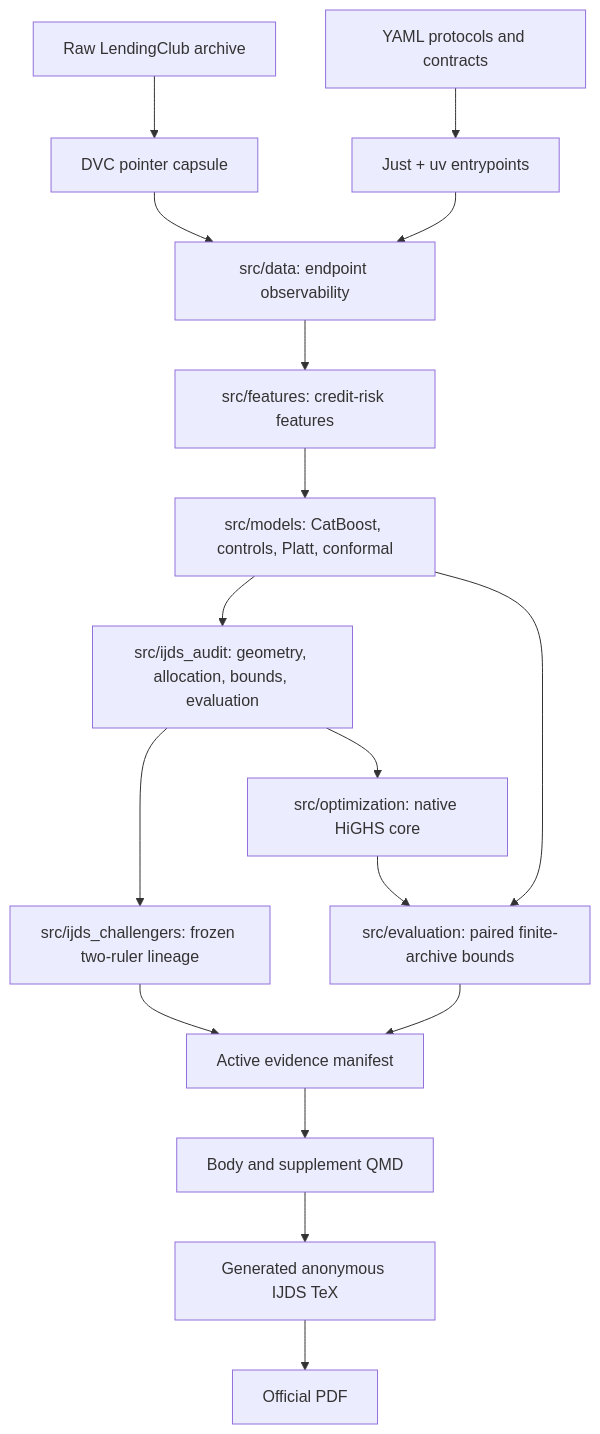
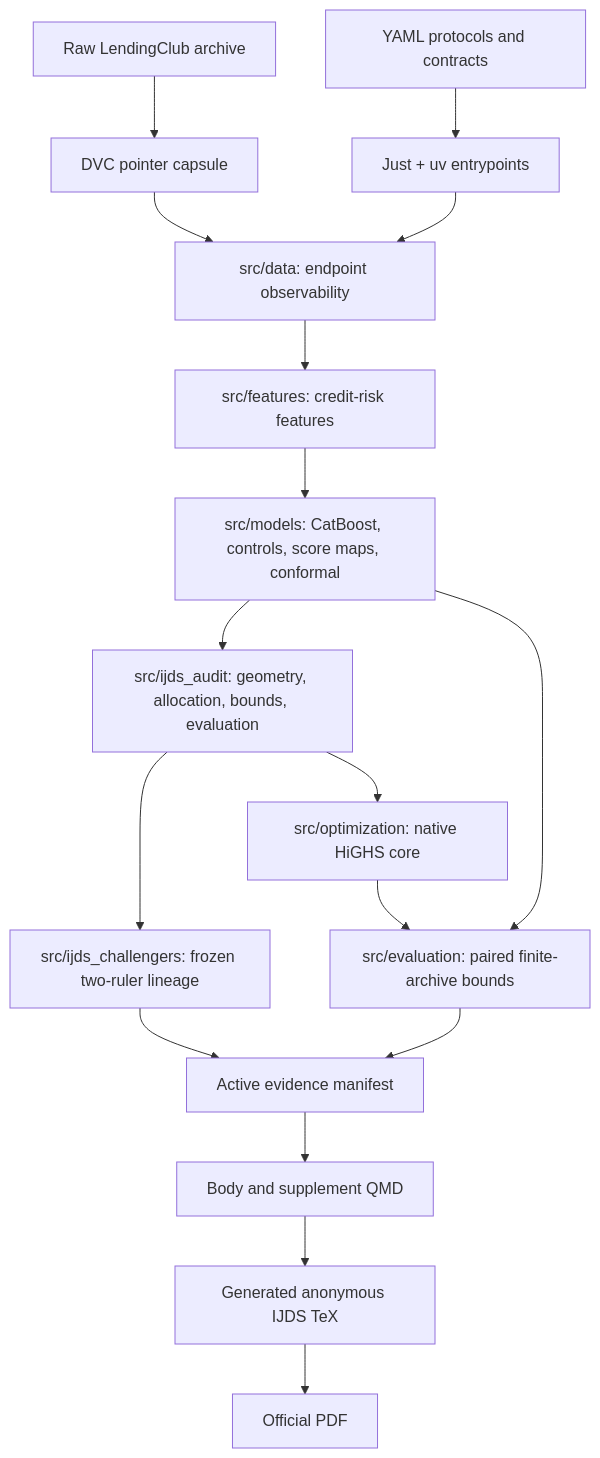
One commit to EigenCharlie/Paper_CRPTO changed the diagram in docs/ARCHITECTURE.md. Above: the diagram before and after it, drawn with Mermaid. The commit also changed other lines of this file and 41 other files, not shown here.

````diff
--- a/docs/ARCHITECTURE.md
+++ b/docs/ARCHITECTURE.md
@@ -7,17 +7,17 @@
 ```mermaid
 flowchart TB
     RAW["Raw LendingClub archive"] --> DVC["DVC pointer capsule"]
     CFG["YAML protocols and contracts"] --> RUN["Just + uv entrypoints"]
     DVC --> DATA["src/data: endpoint observability"]
     RUN --> DATA
     DATA --> FEAT["src/features: credit-risk features"]
-    FEAT --> MODEL["src/models: CatBoost, controls, Platt, conformal"]
+    FEAT --> MODEL["src/models: CatBoost, controls, score maps, conformal"]
     MODEL --> AUDIT["src/ijds_audit: geometry, allocation, bounds, evaluation"]
     MODEL --> EVAL["src/evaluation: paired finite-archive bounds"]
     AUDIT --> FRONT["src/ijds_challengers: frozen two-ruler lineage"]
     AUDIT --> OPT["src/optimization: native HiGHS core"]
     FRONT --> EVID["Active evidence manifest"]
     OPT --> EVAL --> EVID
     EVID --> QMD["Body and supplement QMD"]
     QMD --> TEX["Generated anonymous IJDS TeX"] --> PDF["Official PDF"]
 ```
````
